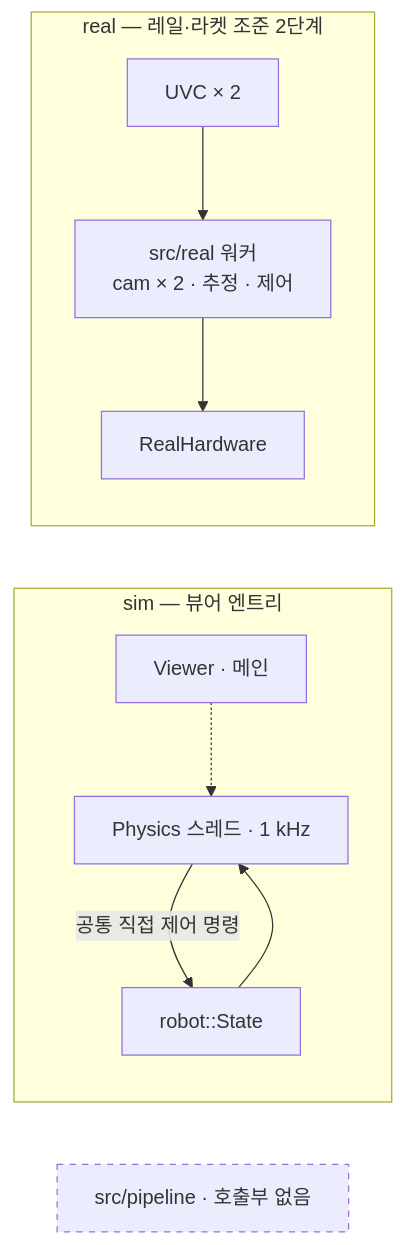
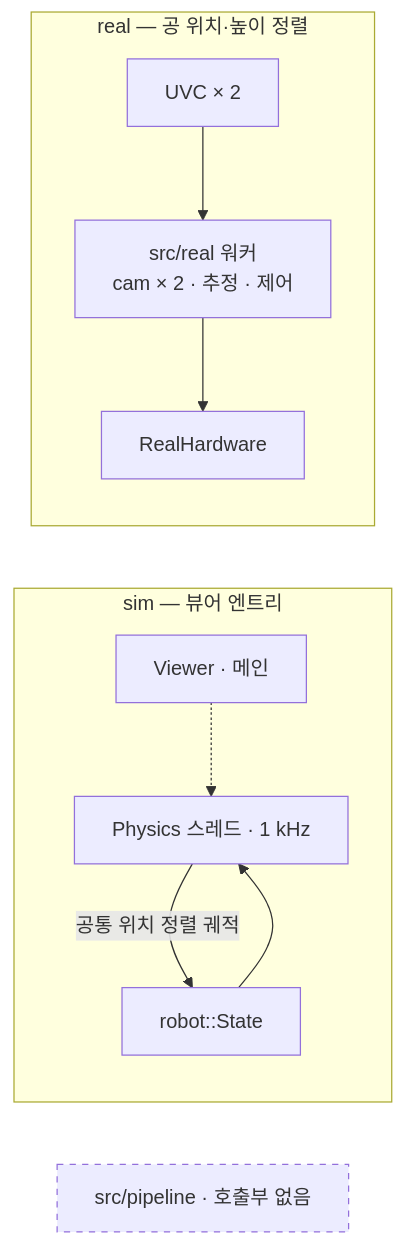
Before and after one commit to luv-all/pingpong-bot: the third of 4 diagrams in README.md, drawn with Mermaid. The commit also changed other lines of this file and 9 other files, not shown here.

````diff
--- a/README.md
+++ b/README.md
@@ -420,21 +414,21 @@
 ```mermaid
 flowchart LR
   subgraph simSide ["sim — 뷰어 엔트리"]
     viewer["Viewer · 메인"]
     physics["Physics 스레드 · 1 kHz"]
     simHw["robot::State"]
     viewer -.-> physics
-    physics -->|"공통 직접 제어 명령"| simHw
+    physics -->|"공통 위치 정렬 궤적"| simHw
     simHw --> physics
   end
 
-  subgraph realSide ["real — 레일·라켓 조준 2단계"]
+  subgraph realSide ["real — 공 위치·높이 정렬"]
     realCamera["UVC × 2"]
     realWorkers["src/real 워커<br/>cam × 2 · 추정 · 제어"]
     realHw["RealHardware"]
     realCamera --> realWorkers --> realHw
   end
 
   dead["src/pipeline · 호출부 없음"]
   style dead stroke-dasharray: 5 5
 ```
````
